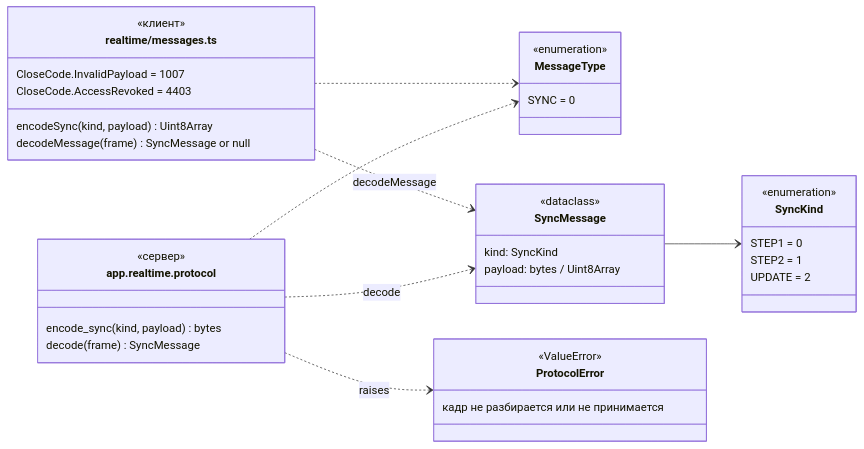
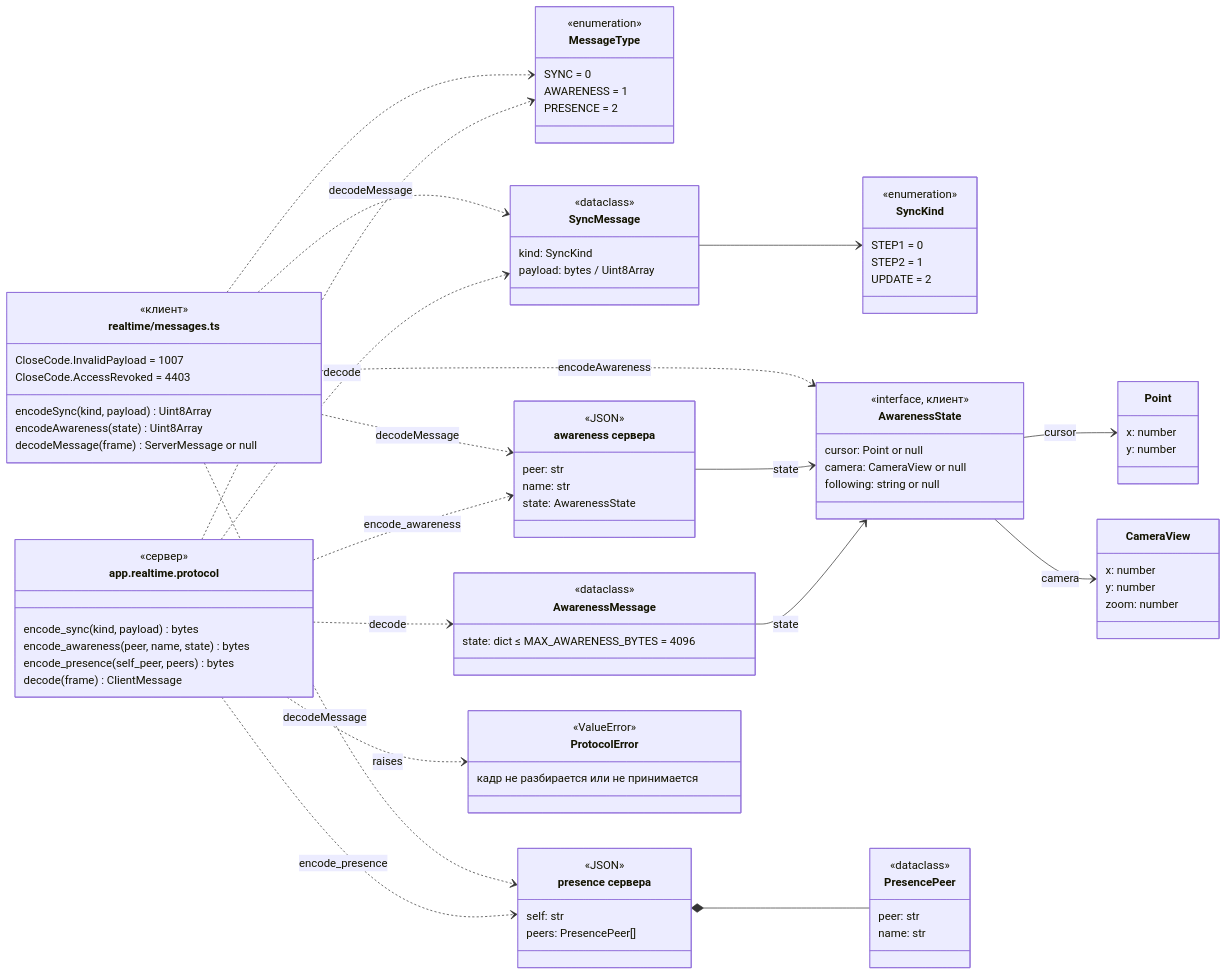
Before and after one commit to shumakove/myboard: the first of 2 diagrams in uml/ws-protocol.md, drawn with Mermaid. The commit also changed other lines of this file and 7 other files, not shown here.

Commit message:
T4.2: Обновить UML-схемы присутствия и курсоров

````diff
--- a/uml/ws-protocol.md
+++ b/uml/ws-protocol.md
@@ -10,6 +10,8 @@
   class MessageType {
     <<enumeration>>
     SYNC = 0
+    AWARENESS = 1
+    PRESENCE = 2
   }
   class SyncKind {
     <<enumeration>>
@@ -22,6 +24,41 @@
     kind: SyncKind
     payload: bytes / Uint8Array
   }
+  class AwarenessMessage {
+    <<dataclass>>
+    state: dict ≤ MAX_AWARENESS_BYTES = 4096
+  }
+  class AwarenessState {
+    <<interface, клиент>>
+    cursor: Point or null
+    camera: CameraView or null
+    following: string or null
+  }
+  class Point {
+    x: number
+    y: number
+  }
+  class CameraView {
+    x: number
+    y: number
+    zoom: number
+  }
+  class ServerAwareness["awareness сервера"] {
+    <<JSON>>
+    peer: str
+    name: str
+    state: AwarenessState
+  }
+  class Presence["presence сервера"] {
+    <<JSON>>
+    self: str
+    peers: PresencePeer[]
+  }
+  class PresencePeer {
+    <<dataclass>>
+    peer: str
+    name: str
+  }
   class ProtocolError {
     <<ValueError>>
     кадр не разбирается или не принимается
@@ -29,19 +66,33 @@
   class protocol["app.realtime.protocol"] {
     <<сервер>>
     encode_sync(kind, payload) bytes
-    decode(frame) SyncMessage
+    encode_awareness(peer, name, state) bytes
+    encode_presence(self_peer, peers) bytes
+    decode(frame) ClientMessage
   }
   class messages["realtime/messages.ts"] {
     <<клиент>>
     encodeSync(kind, payload) Uint8Array
-    decodeMessage(frame) SyncMessage or null
+    encodeAwareness(state) Uint8Array
+    decodeMessage(frame) ServerMessage or null
     CloseCode.InvalidPayload = 1007
     CloseCode.AccessRevoked = 4403
   }
   SyncMessage --> SyncKind
+  AwarenessMessage --> AwarenessState : state
+  ServerAwareness --> AwarenessState : state
+  AwarenessState --> Point : cursor
+  AwarenessState --> CameraView : camera
+  Presence *-- PresencePeer
   protocol ..> MessageType
   protocol ..> SyncMessage : decode
+  protocol ..> AwarenessMessage : decode
+  protocol ..> ServerAwareness : encode_awareness
+  protocol ..> Presence : encode_presence
   protocol ..> ProtocolError : raises
   messages ..> MessageType
+  messages ..> AwarenessState : encodeAwareness
   messages ..> SyncMessage : decodeMessage
+  messages ..> ServerAwareness : decodeMessage
+  messages ..> Presence : decodeMessage
 ```
````
